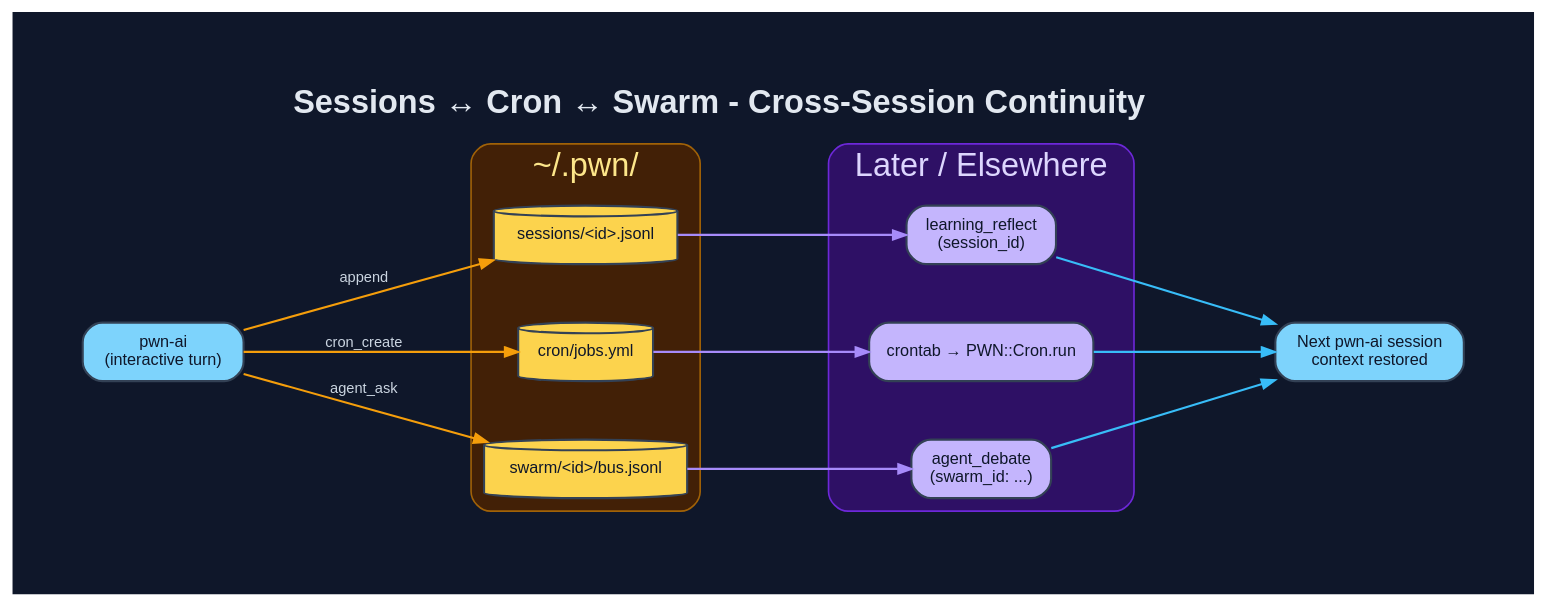
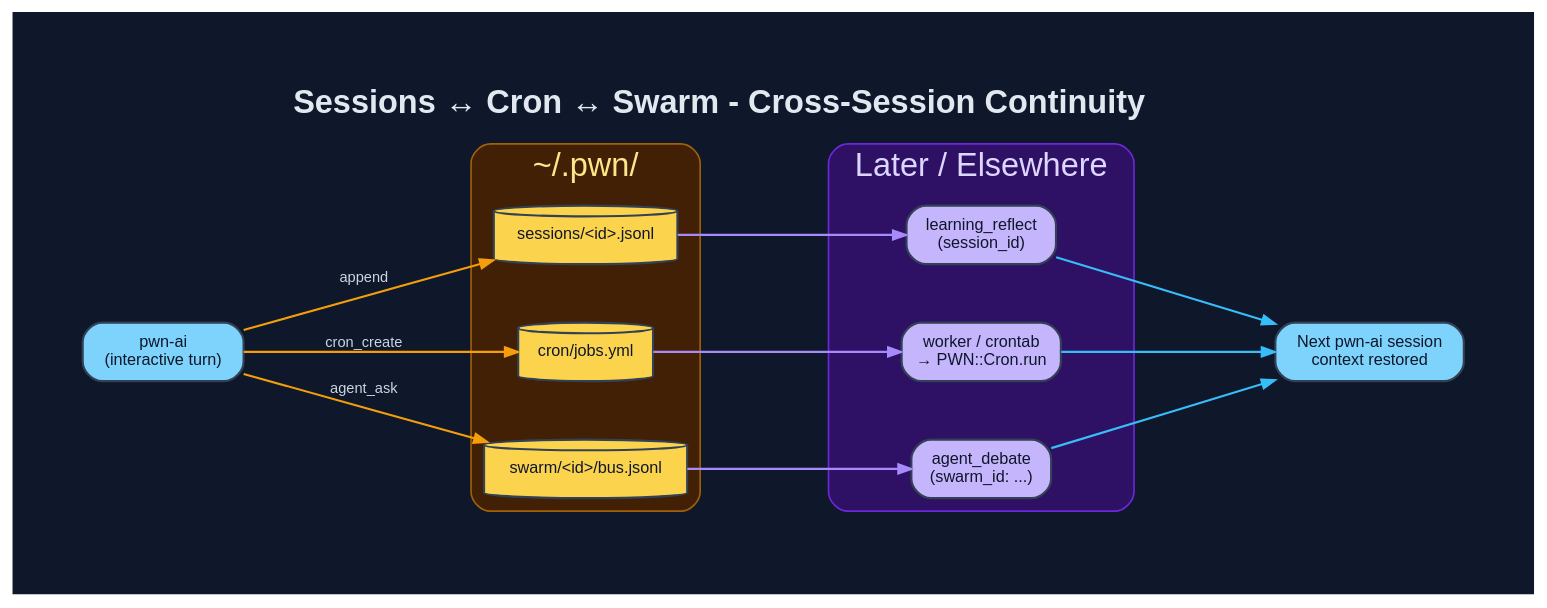
Before and after one commit to 0dayInc/pwn: the diagram in documentation/diagrams/dot/sessions-cron-automation.dot, drawn with Graphviz. The commit also changed 46 other files, not shown here.

```diff
--- a/documentation/diagrams/dot/sessions-cron-automation.dot
+++ b/documentation/diagrams/dot/sessions-cron-automation.dot
@@ -1,44 +1,44 @@
 digraph "PWN_SessionsCron" {
   graph [
     label=<<B>Sessions ↔ Cron ↔ Swarm - Cross-Session Continuity</B>>,
     labelloc=t, fontsize=20, fontname="Helvetica",
     rankdir=LR, splines=spline, nodesep=0.5, ranksep=1.3,
     bgcolor="#0f172a", fontcolor="#e2e8f0", pad=0.6, newrank=true
   ];
   node [fontname="Helvetica", fontsize=10, style="filled,rounded",
         shape=box, penwidth=1.3, color="#334155", fontcolor="#0f172a"];
   edge [fontname="Helvetica", fontsize=9, color="#94a3b8",
         fontcolor="#cbd5e1", penwidth=1.3, arrowsize=0.8];
 
   Now [label="pwn-ai\n(interactive turn)", fillcolor="#7dd3fc"];
 
   subgraph cluster_p {
     label="~/.pwn/"; fontcolor="#fde68a"; style=rounded;
     color="#a16207"; bgcolor="#422006";
     Sess  [label="sessions/<id>.jsonl", shape=cylinder, fillcolor="#fcd34d"];
     Cron  [label="cron/jobs.yml",       shape=cylinder, fillcolor="#fcd34d"];
     Swarm [label="swarm/<id>/bus.jsonl",shape=cylinder, fillcolor="#fcd34d"];
   }
   {rank=same; Sess; Cron; Swarm}
 
   subgraph cluster_later {
     label="Later / Elsewhere"; fontcolor="#ddd6fe"; style=rounded;
     color="#6d28d9"; bgcolor="#2e1065";
     Reflect [label="learning_reflect\n(session_id)",   fillcolor="#c4b5fd"];
-    Fire    [label="crontab → PWN::Cron.run",           fillcolor="#c4b5fd"];
+    Fire    [label="worker / crontab\n→ PWN::Cron.run", fillcolor="#c4b5fd"];
     Resume  [label="agent_debate\n(swarm_id: ...)",     fillcolor="#c4b5fd"];
   }
   {rank=same; Reflect; Fire; Resume}
 
   Next [label="Next pwn-ai session\ncontext restored", fillcolor="#7dd3fc"];
 
   Now -> Sess  [label="append", color="#f59e0b"];
   Now -> Cron  [label="cron_create", color="#f59e0b"];
   Now -> Swarm [label="agent_ask", color="#f59e0b"];
   Sess  -> Reflect [color="#a78bfa"];
   Cron  -> Fire    [color="#a78bfa"];
   Swarm -> Resume  [color="#a78bfa"];
   Reflect -> Next [color="#38bdf8"];
   Fire    -> Next [color="#38bdf8"];
   Resume  -> Next [color="#38bdf8"];
 }
```
